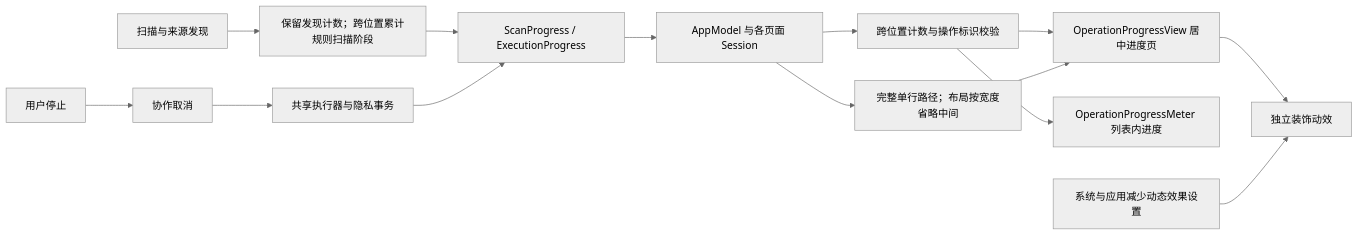
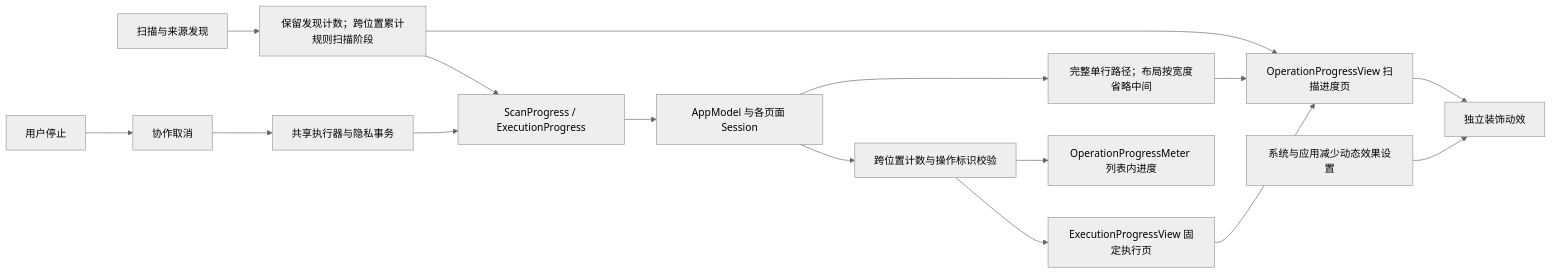
The first of 4 diagrams in docs/zh-CN/product/operation-progress.md (limecloud/shou), drawn with Mermaid (neutral theme) before and after one commit. The commit also changed other lines of this file and 133 other files, not shown here.

````diff
--- a/docs/zh-CN/product/operation-progress.md
+++ b/docs/zh-CN/product/operation-progress.md
@@ -33,16 +39,18 @@
 ```mermaid
 flowchart LR
   Scanner[扫描与来源发现] --> Normalize[保留发现计数；跨位置累计规则扫描阶段]
   Normalize --> Events[ScanProgress / ExecutionProgress]
   Executor[共享执行器与隐私事务] --> Events
   Events --> Sessions[AppModel 与各页面 Session]
   Sessions --> Aggregate[跨位置计数与操作标识校验]
-  Aggregate --> Full[OperationProgressView 居中进度页]
+  Aggregate --> Page[ExecutionProgressView 固定执行页]
+  Page --> Full
+  Normalize --> Full[OperationProgressView 扫描进度页]
   Aggregate --> Inline[OperationProgressMeter 列表内进度]
   Sessions --> Path[完整单行路径；布局按宽度省略中间]
   Path --> Full
   Full --> Artwork[独立装饰动效]
   Preferences[系统与应用减少动态效果设置] --> Artwork
   User[用户停止] --> Cancel[协作取消]
   Cancel --> Executor
 ```
````
